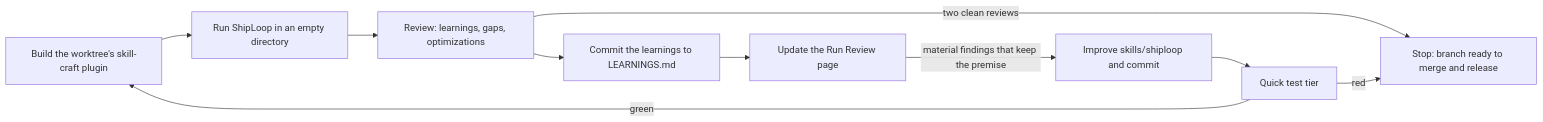
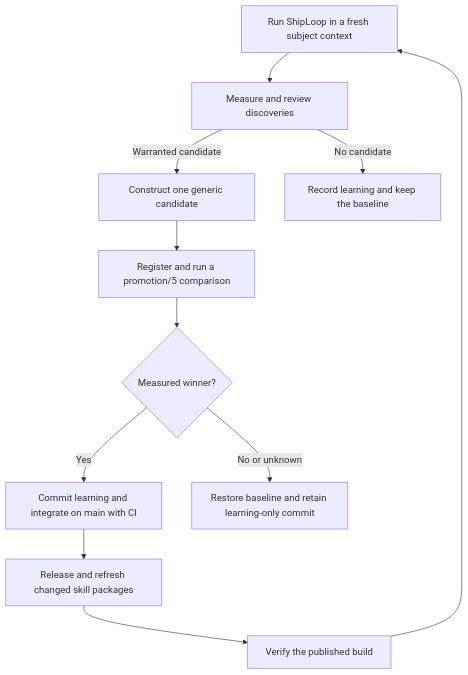
Before and after one commit to whichguy/skill-craft: the diagram in test/shiploop_e2e/README.md, drawn with Mermaid. The commit also changed other lines of this file, not shown here.

First paragraph of the commit message:
docs(shiploop-e2e): clarify qualification and package boundaries; clean owned residue
Review

````diff
--- a/test/shiploop_e2e/README.md
+++ b/test/shiploop_e2e/README.md
@@ -13,12 +24,13 @@
 ```mermaid
-flowchart LR
-    B[Build the worktree's skill-craft plugin] --> R[Run ShipLoop in an empty directory]
-    R --> V[Review: learnings, gaps, optimizations]
-    V --> L[Commit the learnings to LEARNINGS.md]
-    L --> P[Update the Run Review page]
-    P -->|material findings that keep the premise| I[Improve skills/shiploop and commit]
-    I --> T[Quick test tier]
-    T -->|green| B
-    V -->|two clean reviews| S[Stop: branch ready to merge and release]
-    T -->|red| S
+flowchart TD
+    R[Run ShipLoop in a fresh subject context] --> V[Measure and review discoveries]
+    V -->|Warranted candidate| I[Construct one generic candidate]
+    I --> Q[Register and run a promotion/5 comparison]
+    Q --> D{Measured winner?}
+    D -->|Yes| M[Commit learning and integrate on main with CI]
+    M --> P[Release and refresh changed skill packages]
+    P --> A[Verify the published build]
+    A --> R
+    D -->|No or unknown| L[Restore baseline and retain learning-only commit]
+    V -->|No candidate| N[Record learning and keep the baseline]
 ```
````
